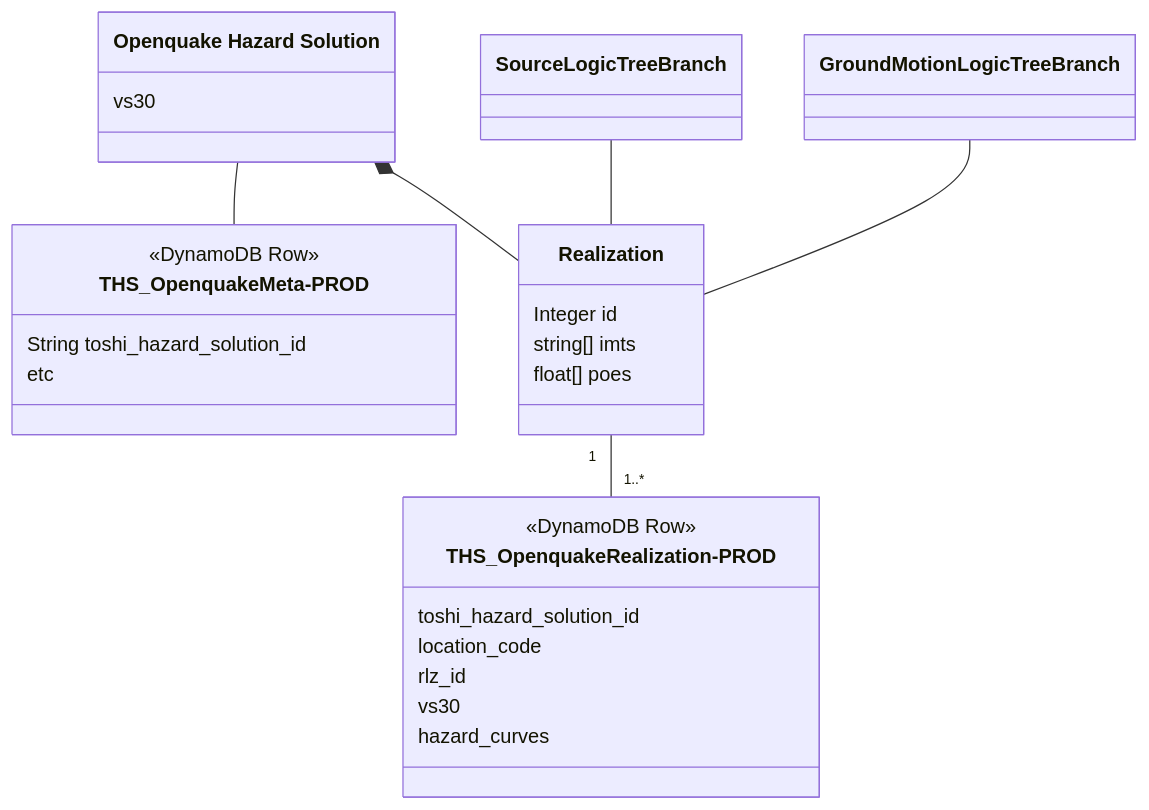
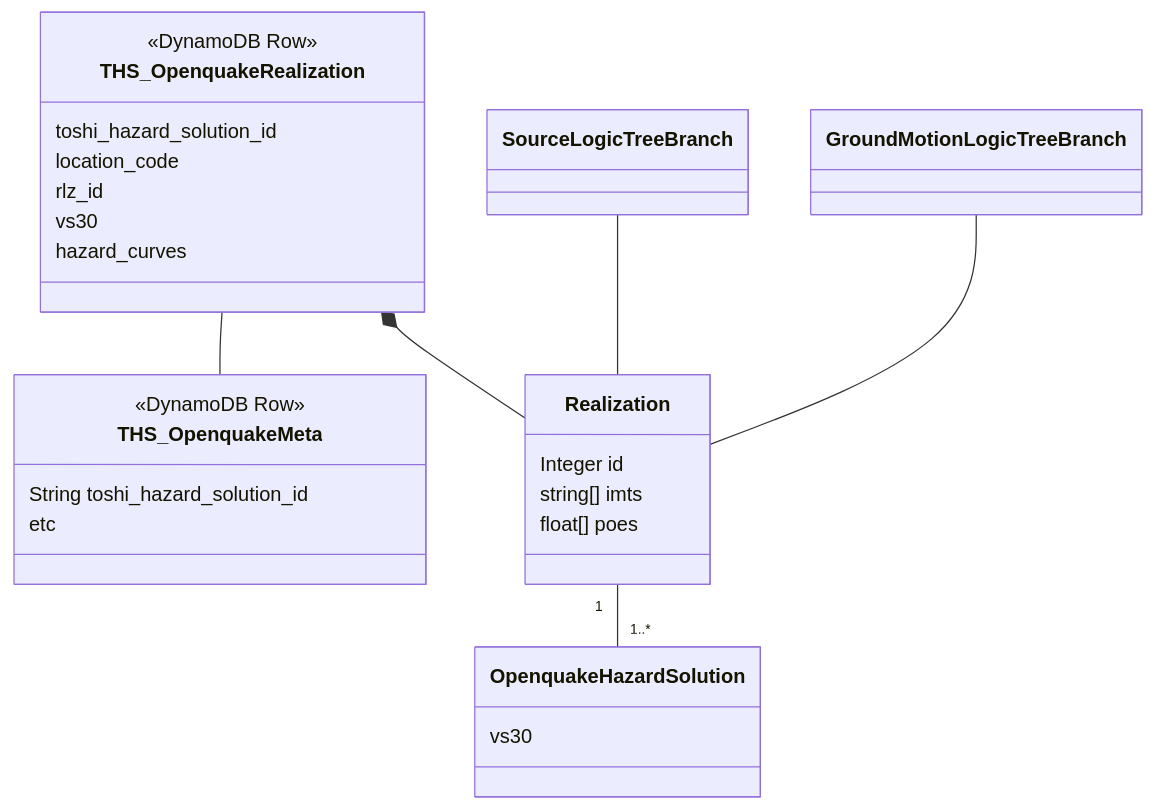
The second of 2 diagrams in docs/domain_model/relational.md (GNS-Science/nzshm-documentation), drawn with Mermaid before and after one commit. The commit also changed other lines of this file and 4 other files, not shown here.

````diff
--- a/docs/domain_model/relational.md
+++ b/docs/domain_model/relational.md
@@ -112,47 +52,45 @@
 ```mermaid
-
 classDiagram
     
     direction TB
 
-    class SLTC["SourceLogicTreeBranch"]   
-    class GMCM_LTB["GroundMotionLogicTreeBranch"]
+    class SourceLogicTreeBranch
+    class GroundMotionLogicTreeBranch
 
-    class OHT["Openquake Hazard Solution"] {
+    class OpenquakeHazardSolution {
         vs30
     }
 
-    
-    class THS_meta["THS_OpenquakeMeta-PROD"] {
+    class THS_OpenquakeMeta {
         <<DynamoDB Row>>
         String toshi_hazard_solution_id
         etc
     }
 
-    class THS["THS_OpenquakeRealization-PROD"] {
+    class THS_OpenquakeRealization {
         <<DynamoDB Row>>
         toshi_hazard_solution_id
         location_code
         rlz_id
         vs30
         hazard_curves
     }
 
-    class RLZ["Realization"] {
+    class Realization {
         Integer id
         string[] imts
         float[] poes
     }
 
 
  
-    OHT -- THS_meta
-    OHT *-- RLZ
+    THS_OpenquakeRealization -- THS_OpenquakeMeta
+    THS_OpenquakeRealization *-- Realization
 
-    RLZ "1" -- "1..*" THS
+    Realization "1" -- "1..*" OpenquakeHazardSolution
 
-    SLTC -- RLZ
-    GMCM_LTB -- RLZ
+    SourceLogicTreeBranch -- Realization
+    GroundMotionLogicTreeBranch -- Realization
 
 
 ```
````
